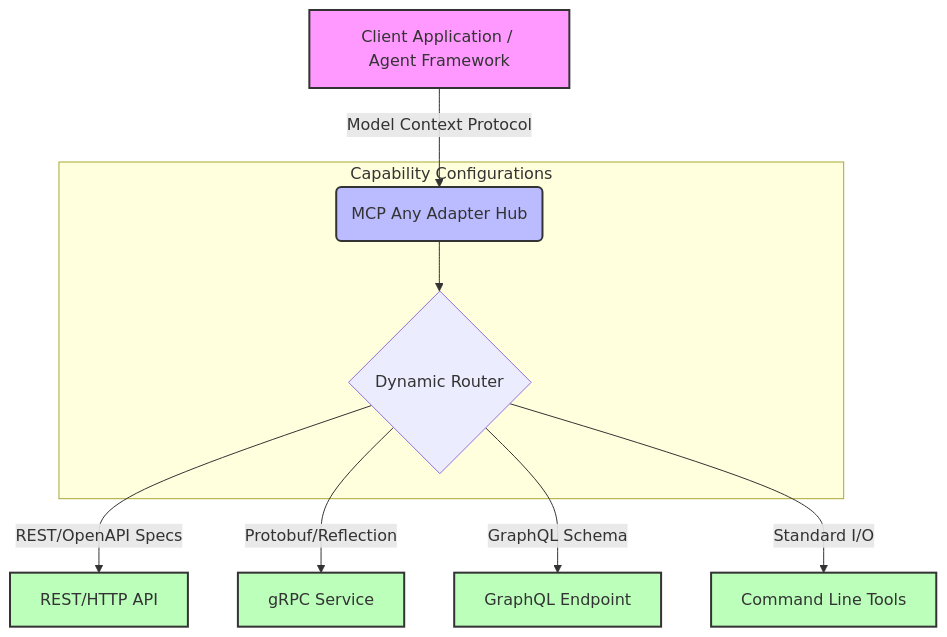
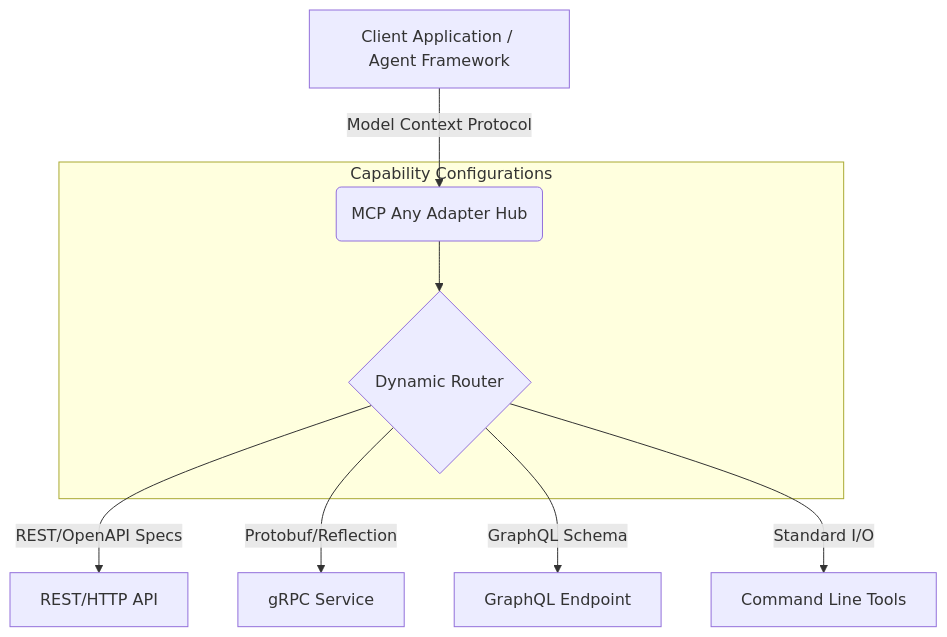
The diagram in README.md (mcpany/core), drawn with Mermaid before and after one commit. The commit also changed other lines of this file and 208 other files, not shown here.

````diff
--- a/README.md
+++ b/README.md
@@ -17,17 +17,11 @@
 ```mermaid
 graph TD
-    classDef agent fill:#f9f,stroke:#333,stroke-width:2px;
-    classDef core fill:#bbf,stroke:#333,stroke-width:2px;
-    classDef target fill:#bfb,stroke:#333,stroke-width:2px;
-
-    A[Client Application / Agent Framework]:::agent -->|Model Context Protocol| B(MCP Any Adapter Hub):::core
-
+    A[Client Application / Agent Framework] -->|Model Context Protocol| B(MCP Any Adapter Hub)
     subgraph Config [Capability Configurations]
         B --> C{Dynamic Router}
     end
-
-    C -->|REST/OpenAPI Specs| D[REST/HTTP API]:::target
-    C -->|Protobuf/Reflection| E[gRPC Service]:::target
-    C -->|GraphQL Schema| F[GraphQL Endpoint]:::target
-    C -->|Standard I/O| G[Command Line Tools]:::target
+    C -->|REST/OpenAPI Specs| D[REST/HTTP API]
+    C -->|Protobuf/Reflection| E[gRPC Service]
+    C -->|GraphQL Schema| F[GraphQL Endpoint]
+    C -->|Standard I/O| G[Command Line Tools]
 ```
````
